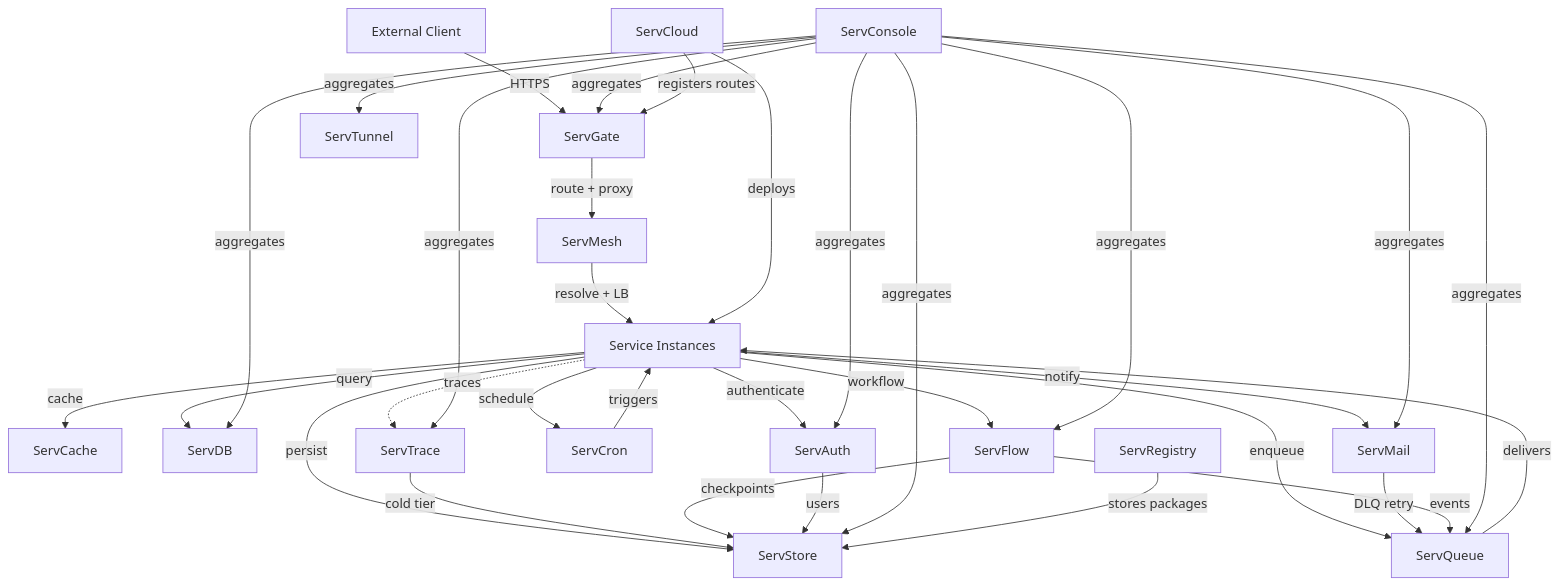
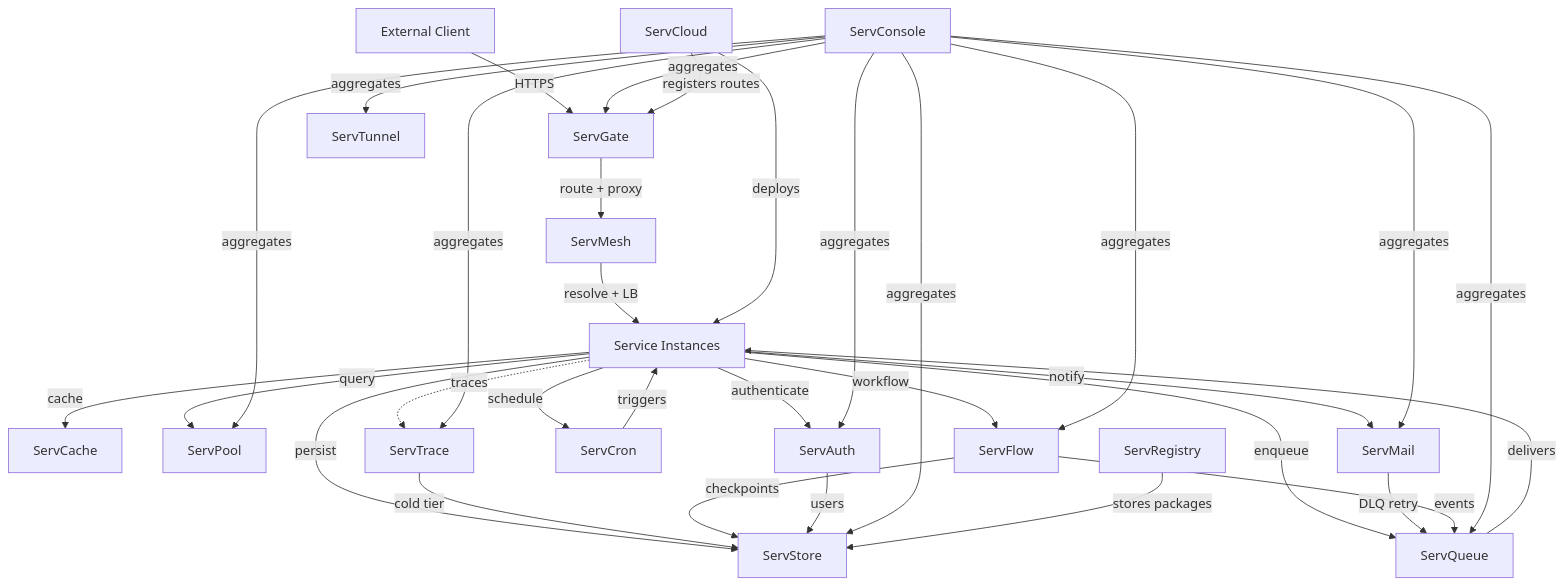
The diagram in docs/architecture.md (vyuvaraj/servverse), drawn with Mermaid before and after one commit. The commit also changed other lines of this file and 18 other files, not shown here.

First line of the commit message:
rename: ServDB → ServPool across all ecosystem references

````diff
--- a/docs/architecture.md
+++ b/docs/architecture.md
@@ -25,38 +25,38 @@
 ```mermaid
 graph TD
     Client[External Client] -->|HTTPS| ServGate
     ServGate -->|route + proxy| ServMesh
     ServMesh -->|resolve + LB| Services[Service Instances]
     
     Services -->|persist| ServStore
     Services -->|enqueue| ServQueue
     Services -->|cache| ServCache
-    Services -->|query| ServDB
+    Services -->|query| ServPool
     Services -->|authenticate| ServAuth
     Services -->|notify| ServMail
     Services -->|schedule| ServCron
     Services -->|workflow| ServFlow
     
     Services -.->|traces| ServTrace
     ServTrace -->|cold tier| ServStore
     ServCron -->|triggers| Services
     ServQueue -->|delivers| Services
     ServMail -->|DLQ retry| ServQueue
     ServFlow -->|events| ServQueue
     ServFlow -->|checkpoints| ServStore
     ServAuth -->|users| ServStore
     
     ServConsole -->|aggregates| ServGate
     ServConsole -->|aggregates| ServStore
     ServConsole -->|aggregates| ServQueue
     ServConsole -->|aggregates| ServTrace
     ServConsole -->|aggregates| ServAuth
-    ServConsole -->|aggregates| ServDB
+    ServConsole -->|aggregates| ServPool
     ServConsole -->|aggregates| ServMail
     ServConsole -->|aggregates| ServFlow
     ServConsole -->|aggregates| ServTunnel
     
     ServCloud -->|deploys| Services
     ServCloud -->|registers routes| ServGate
     ServRegistry -->|stores packages| ServStore
 ```
````
